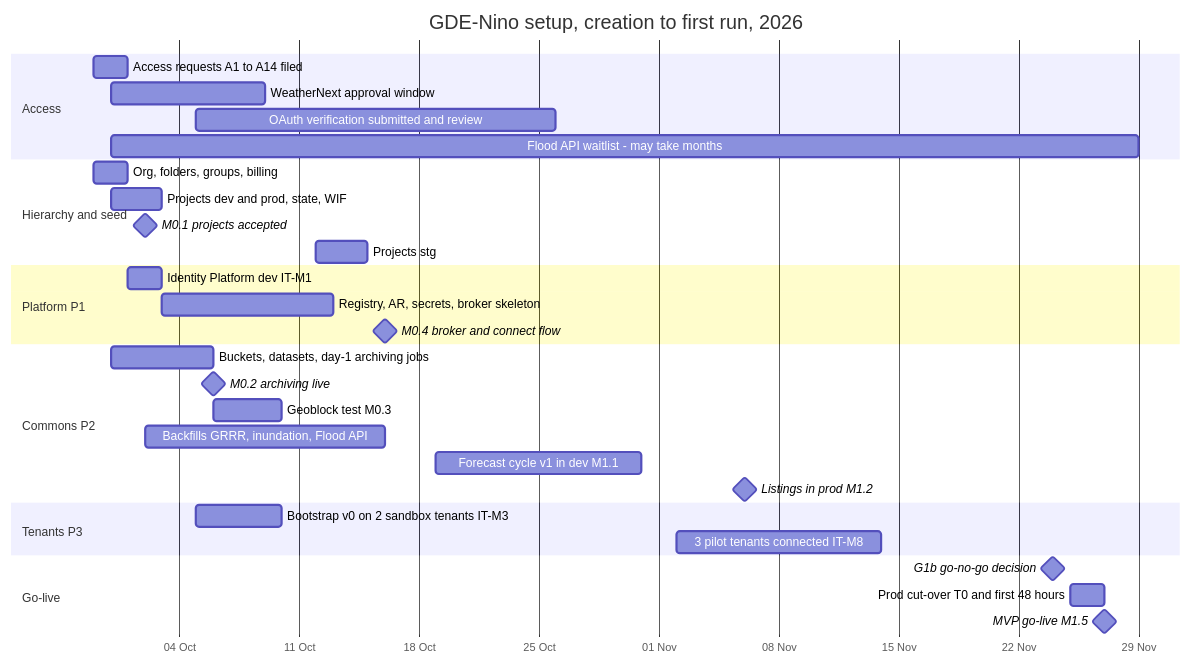
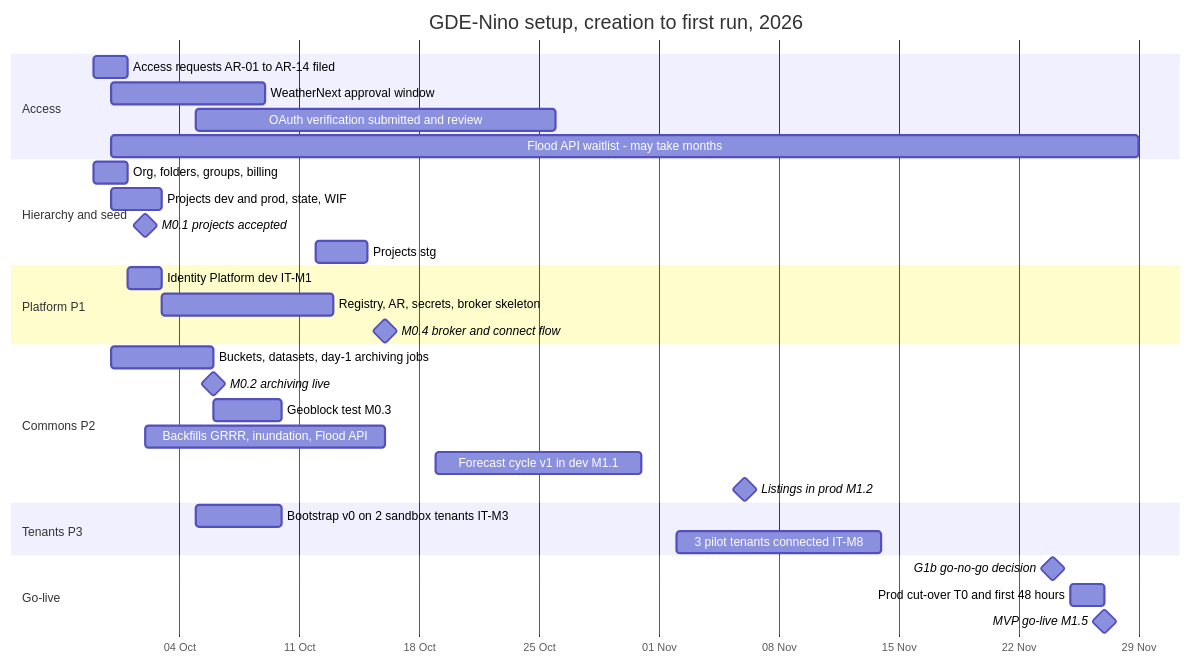
Before and after one commit to mcastroarroyo/weathernext: the first of 4 diagrams in docs/10-setup-and-deployment.md, drawn with Mermaid. The commit also changed other lines of this file, not shown here.

````diff
--- a/docs/10-setup-and-deployment.md
+++ b/docs/10-setup-and-deployment.md
@@ -76,34 +76,34 @@
 ```mermaid
 gantt
   title GDE-Nino setup, creation to first run, 2026
   dateFormat YYYY-MM-DD
   axisFormat %d %b
   section Access
-  Access requests A1 to A14 filed          :a1, 2026-09-29, 2d
+  Access requests AR-01 to AR-14 filed    :a1, 2026-09-29, 2d
   WeatherNext approval window              :a2, 2026-09-30, 9d
   OAuth verification submitted and review  :a3, 2026-10-05, 21d
   Flood API waitlist - may take months     :a4, 2026-09-30, 60d
   section Hierarchy and seed
   Org, folders, groups, billing            :h1, 2026-09-29, 2d
   Projects dev and prod, state, WIF        :h2, 2026-09-30, 3d
   M0.1 projects accepted                   :milestone, m01, 2026-10-02, 0d
   Projects stg                             :h3, 2026-10-12, 3d
   section Platform P1
   Identity Platform dev IT-M1              :p1, 2026-10-01, 2d
   Registry, AR, secrets, broker skeleton   :p2, 2026-10-03, 10d
   M0.4 broker and connect flow             :milestone, m04, 2026-10-16, 0d
   section Commons P2
   Buckets, datasets, day-1 archiving jobs  :c1, 2026-09-30, 6d
   M0.2 archiving live                      :milestone, m02, 2026-10-06, 0d
   Geoblock test M0.3                       :c2, 2026-10-06, 4d
   Backfills GRRR, inundation, Flood API    :c3, 2026-10-02, 14d
   Forecast cycle v1 in dev M1.1            :c4, 2026-10-19, 12d
   Listings in prod M1.2                    :milestone, m12, 2026-11-06, 0d
   section Tenants P3
   Bootstrap v0 on 2 sandbox tenants IT-M3  :t1, 2026-10-05, 5d
   3 pilot tenants connected IT-M8          :t2, 2026-11-02, 12d
   section Go-live
   G1b go-no-go decision                    :milestone, g1b, 2026-11-24, 0d
   Prod cut-over T0 and first 48 hours      :g2, 2026-11-25, 2d
   MVP go-live M1.5                         :milestone, m15, 2026-11-27, 0d
 ```
````
